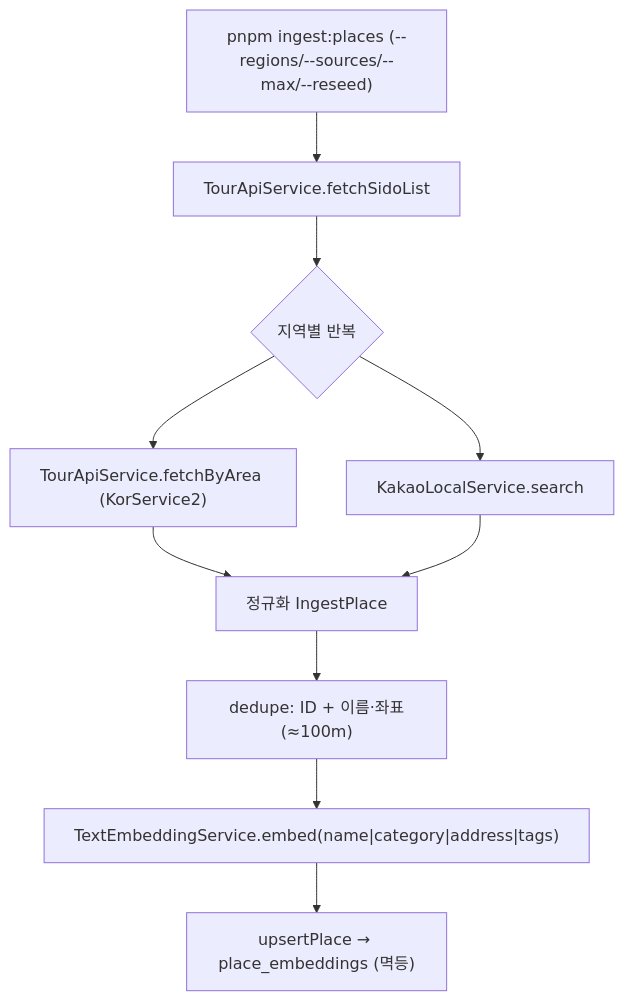
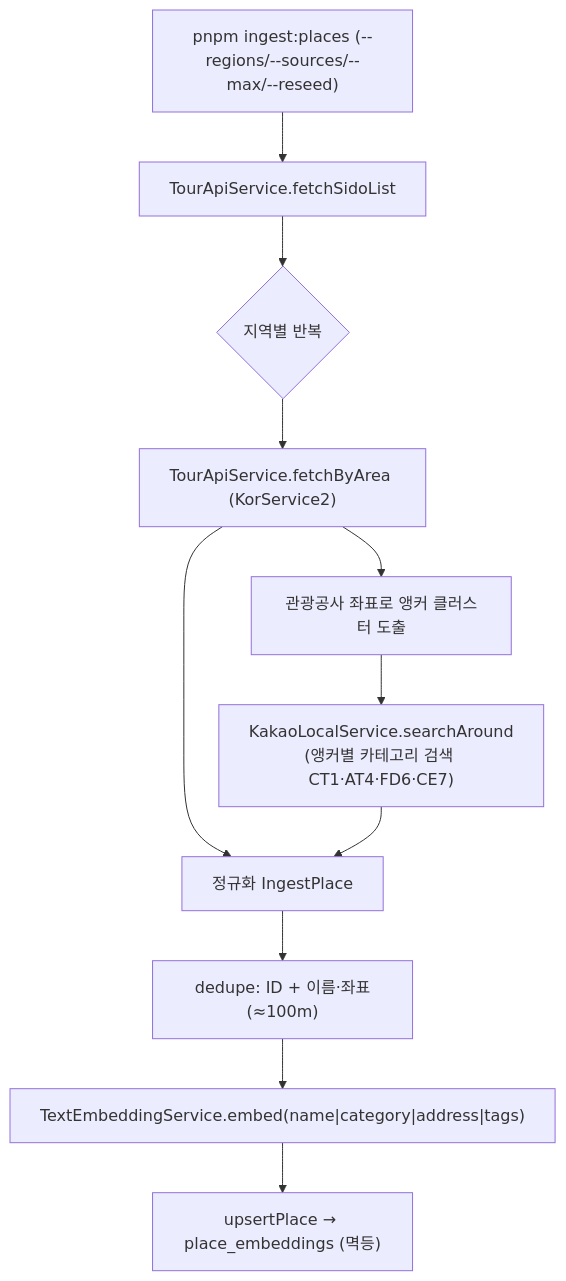
Before and after one commit to PNUKoZune/tripick: the first of 2 diagrams in docs/place-embedding-and-preference-personalization-v1.md, drawn with Mermaid. The commit also changed other lines of this file and 3 other files, not shown here.

````diff
--- a/docs/place-embedding-and-preference-personalization-v1.md
+++ b/docs/place-embedding-and-preference-personalization-v1.md
@@ -54,12 +54,13 @@
 ```mermaid
 flowchart TD
   A["pnpm ingest:places (--regions/--sources/--max/--reseed)"] --> B["TourApiService.fetchSidoList"]
   B --> C{"지역별 반복"}
   C --> D["TourApiService.fetchByArea (KorService2)"]
-  C --> E["KakaoLocalService.search"]
+  D --> D2["관광공사 좌표로 앵커 클러스터 도출"]
+  D2 --> E["KakaoLocalService.searchAround<br/>(앵커별 카테고리 검색 CT1·AT4·FD6·CE7)"]
   D --> F["정규화 IngestPlace"]
   E --> F
   F --> G["dedupe: ID + 이름·좌표(≈100m)"]
   G --> H["TextEmbeddingService.embed(name|category|address|tags)"]
   H --> I["upsertPlace → place_embeddings (멱등)"]
 ```
````
